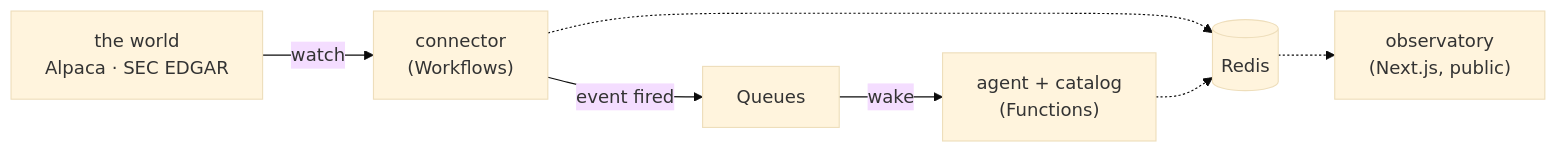
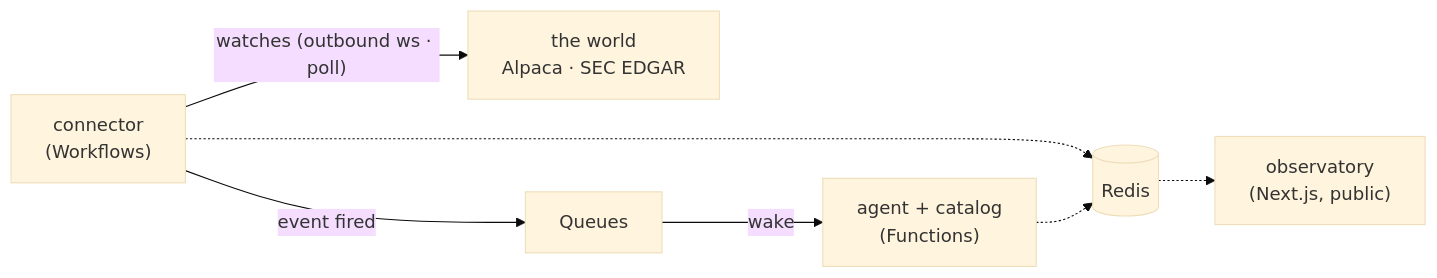
One commit to pcomans/eve-event-catalog changed the second of 2 diagrams in README.md. Above: the diagram before and after it, drawn with Mermaid (base theme).

Commit message:
README: diagram arrow — the connector watches the world, not the other way around
We hold the outbound connections (dialed websockets, polling); nothing pushes
to us. That asymmetry is the reason the connector tier exists.

````diff
--- a/README.md
+++ b/README.md
@@ -328,9 +328,9 @@
 ```mermaid
 flowchart LR
-    W["the world<br/>Alpaca · SEC EDGAR"] -->|"watch"| CONN["connector<br/>(Workflows)"]
+    CONN["connector<br/>(Workflows)"] -->|"watches (outbound ws · poll)"| W["the world<br/>Alpaca · SEC EDGAR"]
     CONN -->|"event fired"| Q["Queues"]
     Q -->|"wake"| EVE["agent + catalog<br/>(Functions)"]
     CONN -.-> R[("Redis")]
     EVE -.-> R
     R -.-> OBS["observatory<br/>(Next.js, public)"]
 ```
````
